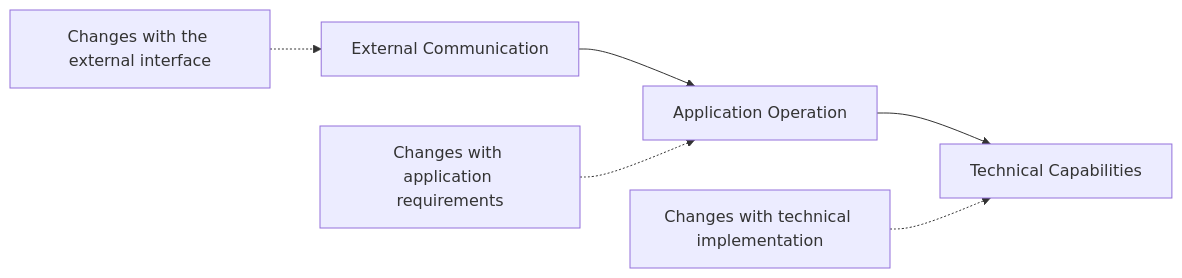
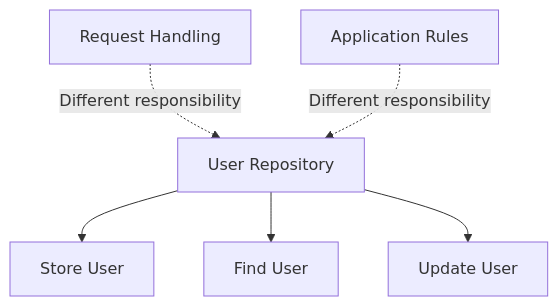
The ninth of 13 diagrams in docs/en/software_architecture/architecture_fundamentals/1_level/1_level_architecture_fundamentals.md (Rokiis1/Teaching-Materia), drawn with Mermaid before and after one commit. The commit also changed other lines of this file and 1 other file, not shown here.

````diff
--- a/docs/en/software_architecture/architecture_fundamentals/1_level/1_level_architecture_fundamentals.md
+++ b/docs/en/software_architecture/architecture_fundamentals/1_level/1_level_architecture_fundamentals.md
@@ -63,9 +115,9 @@
 ```mermaid
-flowchart LR
-    A["External Communication"] --> B["Application Operation"]
-    B --> C["Technical Capabilities"]
-
-    A1["Changes with the external interface"] -.-> A
-    B1["Changes with application requirements"] -.-> B
-    C1["Changes with technical implementation"] -.-> C
+flowchart TD
+    A["User Repository"]
+    --> B["Store User"]
+    A --> C["Find User"]
+    A --> D["Update User"]
+    E["Request Handling"] -. "Different responsibility" .-> A
+    F["Application Rules"] -. "Different responsibility" .-> A
 ```
````
